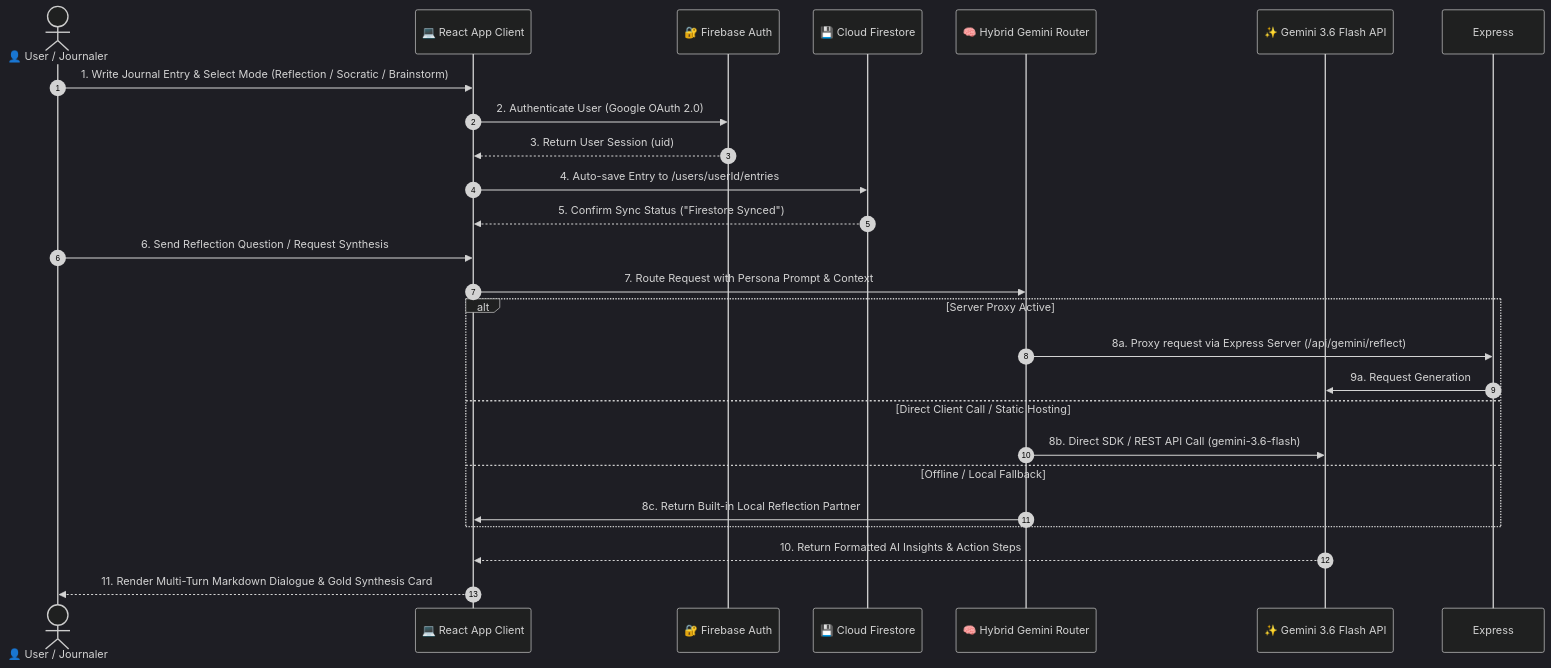
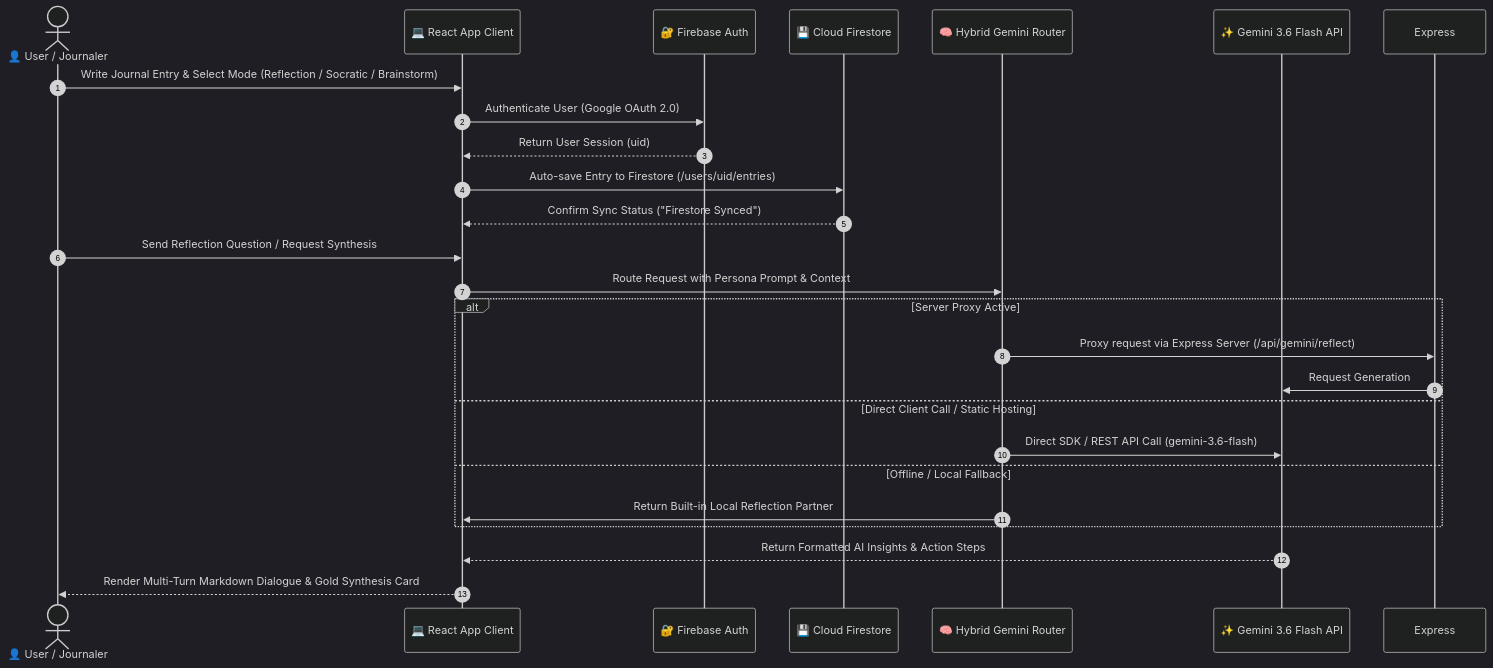
The first of 2 diagrams in README.md (shyamsm10/reflections-journal-using-gemini-), drawn with Mermaid (dark theme) before and after one commit. The commit also changed other lines of this file, not shown here.

Commit message:
fix(docs): update Mermaid architecture and dialogue flow diagrams for valid GitHub rendering

````diff
--- a/README.md
+++ b/README.md
@@ -23,30 +23,30 @@
 ```mermaid
 sequenceDiagram
     autonumber
     actor User as 👤 User / Journaler
     participant Client as 💻 React App Client
     participant Auth as 🔐 Firebase Auth
     participant DB as 💾 Cloud Firestore
     participant Router as 🧠 Hybrid Gemini Router
     participant Gemini as ✨ Gemini 3.6 Flash API
 
-    User->>Client: 1. Write Journal Entry & Select Mode (Reflection / Socratic / Brainstorm)
-    Client->>Auth: 2. Authenticate User (Google OAuth 2.0)
-    Auth-->>Client: 3. Return User Session (uid)
-    Client->>DB: 4. Auto-save Entry to /users/userId/entries
-    DB-->>Client: 5. Confirm Sync Status ("Firestore Synced")
+    User->>Client: Write Journal Entry & Select Mode (Reflection / Socratic / Brainstorm)
+    Client->>Auth: Authenticate User (Google OAuth 2.0)
+    Auth-->>Client: Return User Session (uid)
+    Client->>DB: Auto-save Entry to Firestore (/users/uid/entries)
+    DB-->>Client: Confirm Sync Status ("Firestore Synced")
 
-    User->>Client: 6. Send Reflection Question / Request Synthesis
-    Client->>Router: 7. Route Request with Persona Prompt & Context
+    User->>Client: Send Reflection Question / Request Synthesis
+    Client->>Router: Route Request with Persona Prompt & Context
     alt Server Proxy Active
-        Router->>Express: 8a. Proxy request via Express Server (/api/gemini/reflect)
-        Express->>Gemini: 9a. Request Generation
+        Router->>Express: Proxy request via Express Server (/api/gemini/reflect)
+        Express->>Gemini: Request Generation
     else Direct Client Call / Static Hosting
-        Router->>Gemini: 8b. Direct SDK / REST API Call (gemini-3.6-flash)
+        Router->>Gemini: Direct SDK / REST API Call (gemini-3.6-flash)
     else Offline / Local Fallback
-        Router->>Client: 8c. Return Built-in Local Reflection Partner
+        Router->>Client: Return Built-in Local Reflection Partner
     end
 
-    Gemini-->>Client: 10. Return Formatted AI Insights & Action Steps
-    Client-->>User: 11. Render Multi-Turn Markdown Dialogue & Gold Synthesis Card
+    Gemini-->>Client: Return Formatted AI Insights & Action Steps
+    Client-->>User: Render Multi-Turn Markdown Dialogue & Gold Synthesis Card
 ```
````
